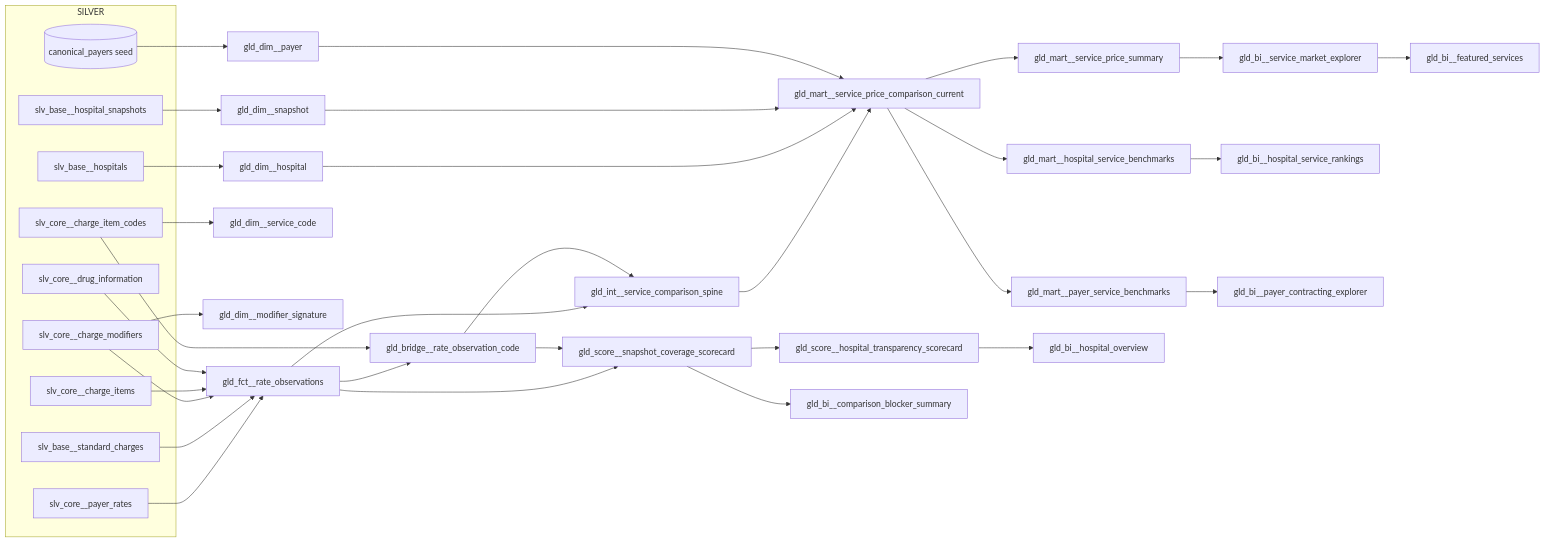
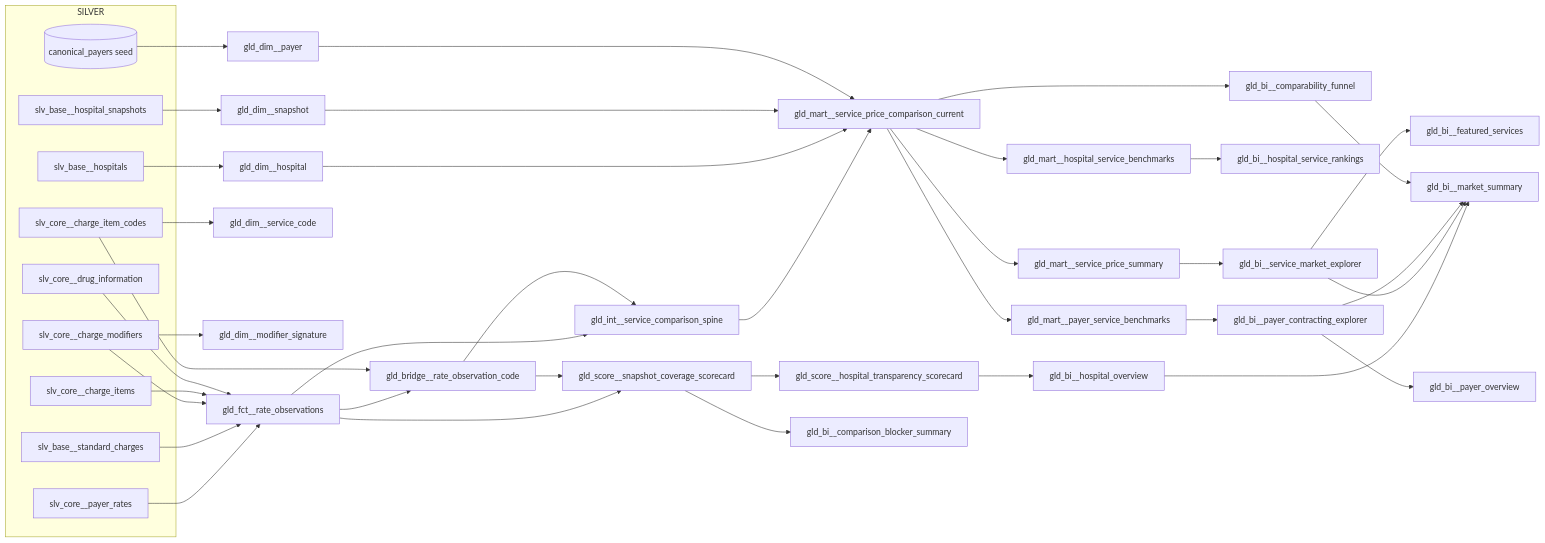
The diagram in docs/architecture/gold-schema.md (jakegussler/hospital-price-transparency-analytics), drawn with Mermaid before and after one commit. The commit also changed other lines of this file and 9 other files, not shown here.

````diff
--- a/docs/architecture/gold-schema.md
+++ b/docs/architecture/gold-schema.md
@@ -19,51 +19,57 @@
 ```mermaid
 flowchart LR
   subgraph SILVER
     PR[slv_core__payer_rates]
     SC[slv_base__standard_charges]
     CIC[slv_core__charge_item_codes]
     CI[slv_core__charge_items]
     CM[slv_core__charge_modifiers]
     DI[slv_core__drug_information]
     H[slv_base__hospitals]
     HS[slv_base__hospital_snapshots]
     CP[(canonical_payers seed)]
   end
 
   H --> DH[gld_dim__hospital]
   HS --> DS[gld_dim__snapshot]
   CP --> DP[gld_dim__payer]
   CIC --> DC[gld_dim__service_code]
   CM --> DM[gld_dim__modifier_signature]
 
   PR --> F[gld_fct__rate_observations]
   SC --> F
   CM --> F
   CI --> F
   DI --> F
 
   F --> BR[gld_bridge__rate_observation_code]
   CIC --> BR
 
   F --> SPINE[gld_int__service_comparison_spine]
   BR --> SPINE
   SPINE --> MART[gld_mart__service_price_comparison_current]
   DH --> MART
   DS --> MART
   DP --> MART
 
   MART --> SUM[gld_mart__service_price_summary]
   MART --> HB[gld_mart__hospital_service_benchmarks]
   MART --> PB[gld_mart__payer_service_benchmarks]
 
   F --> COV[gld_score__snapshot_coverage_scorecard]
   BR --> COV
   COV --> HSCORE[gld_score__hospital_transparency_scorecard]
 
   SUM --> BI_SERVICE[gld_bi__service_market_explorer]
   HB --> BI_HOSP_SERVICE[gld_bi__hospital_service_rankings]
   PB --> BI_PAYER[gld_bi__payer_contracting_explorer]
   HSCORE --> BI_HOSP[gld_bi__hospital_overview]
   COV --> BI_BLOCKERS[gld_bi__comparison_blocker_summary]
   BI_SERVICE --> BI_FEATURED[gld_bi__featured_services]
+  MART --> BI_FUNNEL[gld_bi__comparability_funnel]
+  BI_PAYER --> BI_PAYER_OVERVIEW[gld_bi__payer_overview]
+  BI_HOSP --> BI_MARKET[gld_bi__market_summary]
+  BI_SERVICE --> BI_MARKET
+  BI_PAYER --> BI_MARKET
+  BI_FUNNEL --> BI_MARKET
 ```
````
